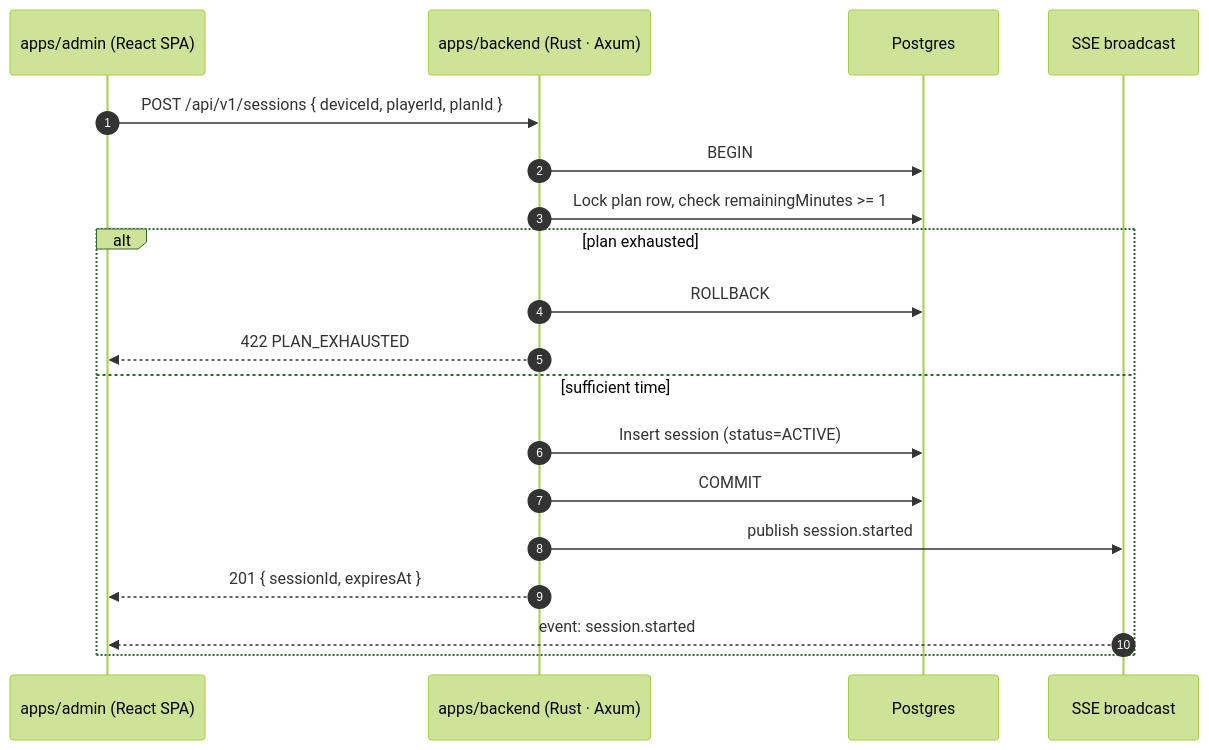
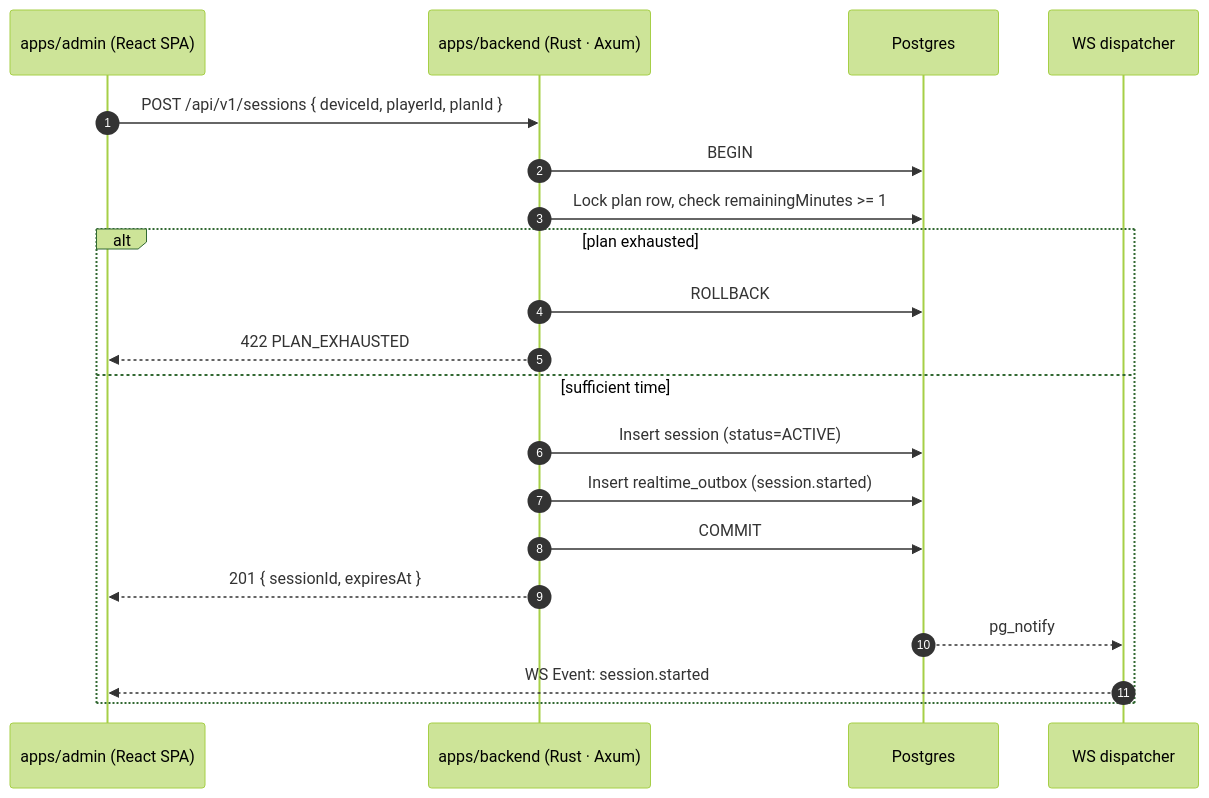
Before and after one commit to harishmahamure/arena360: the second of 3 diagrams in docs/ARCHITECTURE.md, drawn with Mermaid (forest theme). The commit also changed other lines of this file and 45 other files, not shown here.

````diff
--- a/docs/ARCHITECTURE.md
+++ b/docs/ARCHITECTURE.md
@@ -277,22 +283,23 @@
 ```mermaid
 sequenceDiagram
   autonumber
   participant Admin as apps/admin (React SPA)
   participant API as apps/backend (Rust · Axum)
   participant DB as Postgres
-  participant SSE as SSE broadcast
+  participant WS as WS dispatcher
 
   Admin->>API: POST /api/v1/sessions { deviceId, playerId, planId }
   API->>DB: BEGIN
   API->>DB: Lock plan row, check remainingMinutes >= 1
   alt plan exhausted
     API->>DB: ROLLBACK
     API-->>Admin: 422 PLAN_EXHAUSTED
   else sufficient time
     API->>DB: Insert session (status=ACTIVE)
+    API->>DB: Insert realtime_outbox (session.started)
     API->>DB: COMMIT
-    API->>SSE: publish session.started
     API-->>Admin: 201 { sessionId, expiresAt }
-    SSE-->>Admin: event: session.started
+    DB-->>WS: pg_notify
+    WS-->>Admin: WS Event: session.started
   end
 ```
````
